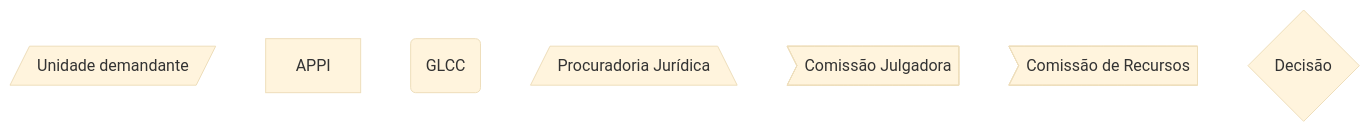
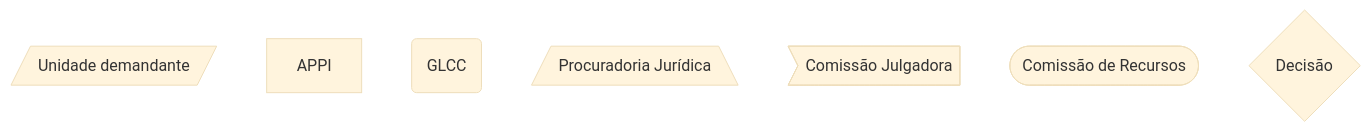
One commit to iepha-mg/manual.appi changed the first of 2 diagrams in paginas/parcerias/dicas/README.md. Above: the diagram before and after it, drawn with Mermaid (base theme). The commit also changed other lines of this file, not shown here.

```diff
--- a/paginas/parcerias/dicas/README.md
+++ b/paginas/parcerias/dicas/README.md
@@ -445,11 +445,11 @@
 <div class="mermaid">
 flowchart TD
     %% Legenda
     A_LEG@{ shape: lean-r, label: "Unidade demandante" }
     B_LEG@{ shape: rect, label: "APPI" }
     C_LEG@{ shape: rounded, label: "GLCC" }
     D_LEG@{ shape: trap-b, label: "Procuradoria Jurídica" }
     E1_LEG@{ shape: odd, label: "Comissão Julgadora" }
-    E2_LEG@{ shape: odd, label: "Comissão de Recursos" }
+    E2_LEG@{ shape: stadium, label: "Comissão de Recursos" }
     I_LEG@{ shape: diamond, label: "Decisão" }
 </div>
```
